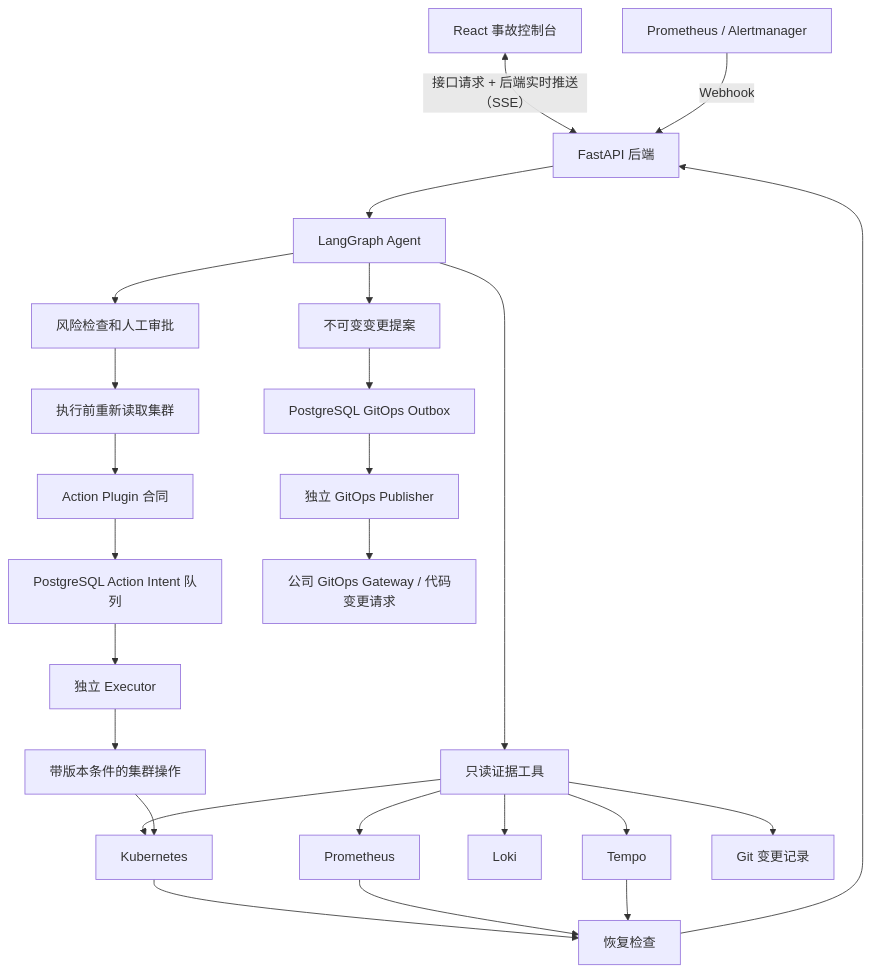
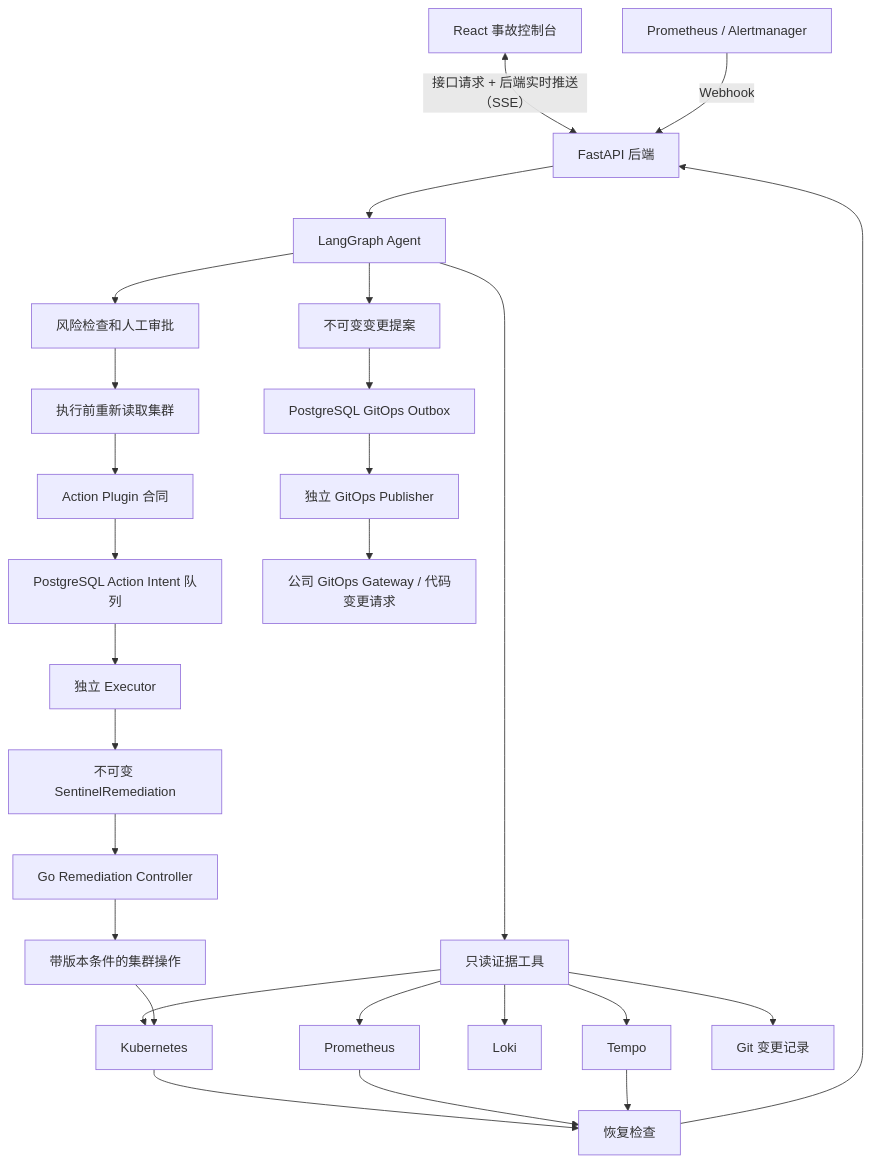
One commit to q741242673/sentinelops changed the second of 2 diagrams in README.md. Above: the diagram before and after it, drawn with Mermaid. The commit also changed other lines of this file and 23 other files, not shown here.

First line of the commit message:
feat: route remediation through Kubernetes controller (#29)

````diff
--- a/README.md
+++ b/README.md
@@ -56,27 +56,29 @@
 ```mermaid
 flowchart TB
     UI["React 事故控制台"] <-->|"接口请求 + 后端实时推送（SSE）"| API["FastAPI 后端"]
     AM["Prometheus / Alertmanager"] -->|"Webhook"| API
     API --> AGENT["LangGraph Agent"]
     AGENT --> READ["只读证据工具"]
     READ --> K8S["Kubernetes"]
     READ --> PROM["Prometheus"]
     READ --> LOKI["Loki"]
     READ --> TEMPO["Tempo"]
     READ --> GIT["Git 变更记录"]
     AGENT --> POLICY["风险检查和人工审批"]
     POLICY --> PREFLIGHT["执行前重新读取集群"]
     PREFLIGHT --> CATALOG["Action Plugin 合同"]
     CATALOG --> QUEUE["PostgreSQL Action Intent 队列"]
     QUEUE --> EXECUTOR["独立 Executor"]
-    EXECUTOR --> WRITE["带版本条件的集群操作"]
+    EXECUTOR --> CONTRACT["不可变 SentinelRemediation"]
+    CONTRACT --> CONTROLLER["Go Remediation Controller"]
+    CONTROLLER --> WRITE["带版本条件的集群操作"]
     AGENT --> PROPOSAL["不可变变更提案"]
     PROPOSAL --> OUTBOX["PostgreSQL GitOps Outbox"]
     OUTBOX --> PUBLISHER["独立 GitOps Publisher"]
     PUBLISHER --> GATEWAY["公司 GitOps Gateway / 代码变更请求"]
     WRITE --> K8S
     K8S --> VERIFY["恢复检查"]
     PROM --> VERIFY
     TEMPO --> VERIFY
     VERIFY --> API
 ```
````
